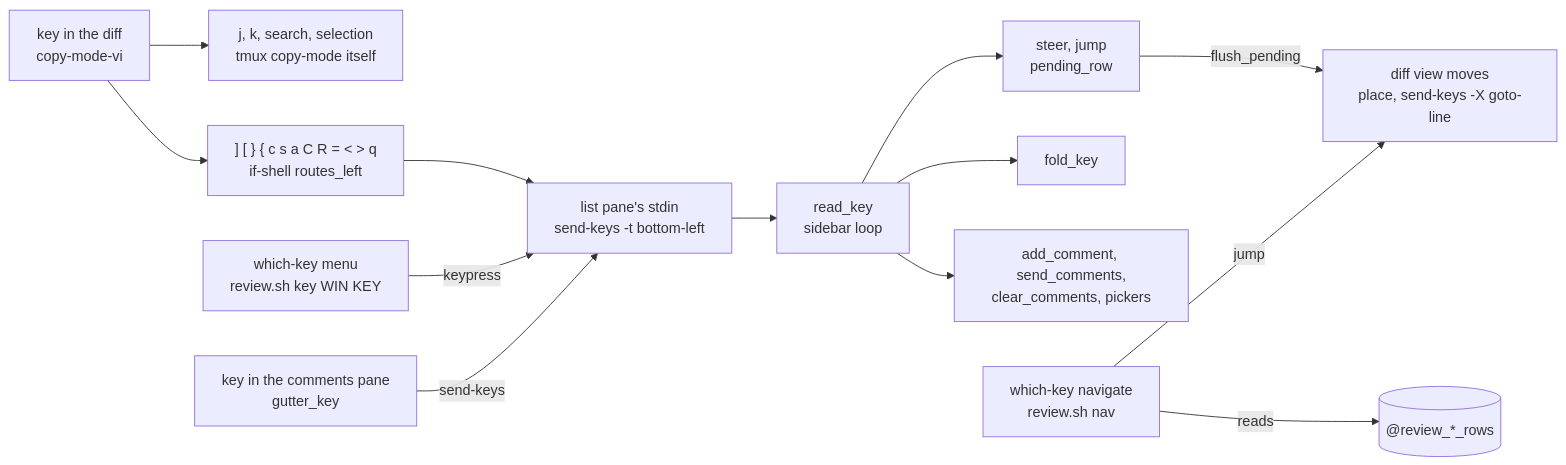
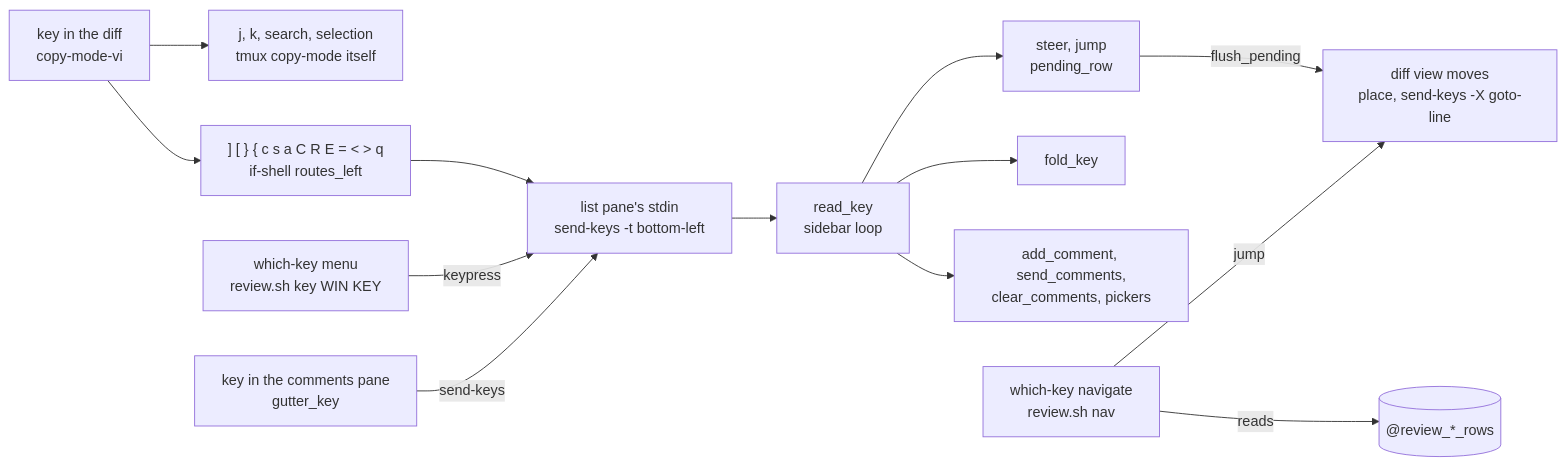
The eighth of 14 diagrams in tmux-review/ARCHITECTURE.md (nvieirafelipe/dot-files), drawn with Mermaid before and after one commit. The commit also changed 5 other files, not shown here.

````diff
--- a/tmux-review/ARCHITECTURE.md
+++ b/tmux-review/ARCHITECTURE.md
@@ -248,28 +248,28 @@
 ```mermaid
 flowchart LR
     diffKey["key in the diff<br/>copy-mode-vi"]
     native["j, k, search, selection<br/>tmux copy-mode itself"]
-    routed["] [ } { c s a C R = #lt; #gt; q<br/>if-shell routes_left"]
+    routed["] [ } { c s a C R E = #lt; #gt; q<br/>if-shell routes_left"]
     whichkey["which-key menu<br/>review.sh key WIN KEY"]
     gutterKey["key in the comments pane<br/>gutter_key"]
     listIn["list pane's stdin<br/>send-keys -t bottom-left"]
     readKey["read_key<br/>sidebar loop"]
     steer["steer, jump<br/>pending_row"]
     fold["fold_key"]
     comments["add_comment, send_comments,<br/>clear_comments, pickers"]
     nav["which-key navigate<br/>review.sh nav"]
     rows[("@review_*_rows")]
     view["diff view moves<br/>place, send-keys -X goto-line"]
 
     diffKey --> native
     diffKey --> routed --> listIn
     whichkey -->|"keypress"| listIn
     gutterKey -->|"send-keys"| listIn
     listIn --> readKey
     readKey --> steer
     readKey --> fold
     readKey --> comments
     steer -->|"flush_pending"| view
     nav -->|"reads"| rows
     nav -->|"jump"| view
 ```
````
